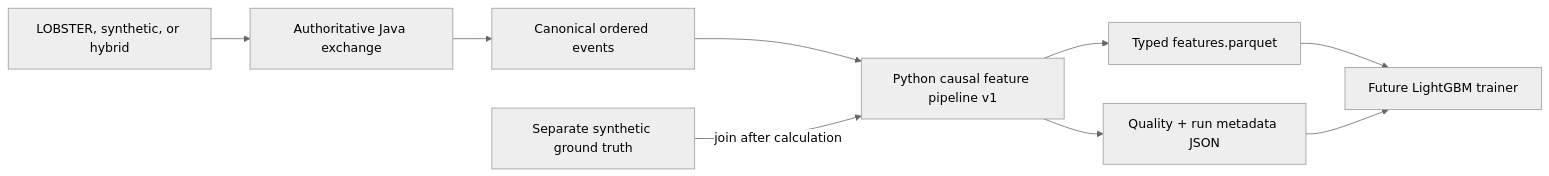
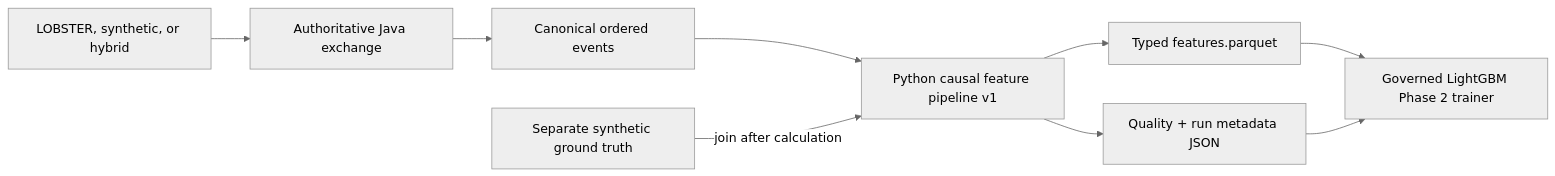
One commit to khab40/lob-arena changed the diagram in docs/feature-engineering-lightgbm.md. Above: the diagram before and after it, drawn with Mermaid (neutral theme). The commit also changed other lines of this file and 18 other files, not shown here.

Commit message:
feat(ml): add deterministic LightGBM phase 2 trainer

````diff
--- a/docs/feature-engineering-lightgbm.md
+++ b/docs/feature-engineering-lightgbm.md
@@ -19,20 +20,20 @@
 ```mermaid
 graph LR
     Source["LOBSTER, synthetic, or hybrid"]
     Java["Authoritative Java exchange"]
     Events["Canonical ordered events"]
     Features["Python causal feature pipeline v1"]
     Labels["Separate synthetic ground truth"]
     Parquet["Typed features.parquet"]
     Quality["Quality + run metadata JSON"]
-    Trainer["Future LightGBM trainer"]
+    Trainer["Governed LightGBM Phase 2 trainer"]
 
     Source --> Java
     Java --> Events
     Events --> Features
     Labels -->|"join after calculation"| Features
     Features --> Parquet
     Features --> Quality
     Parquet --> Trainer
     Quality --> Trainer
 ```
````
